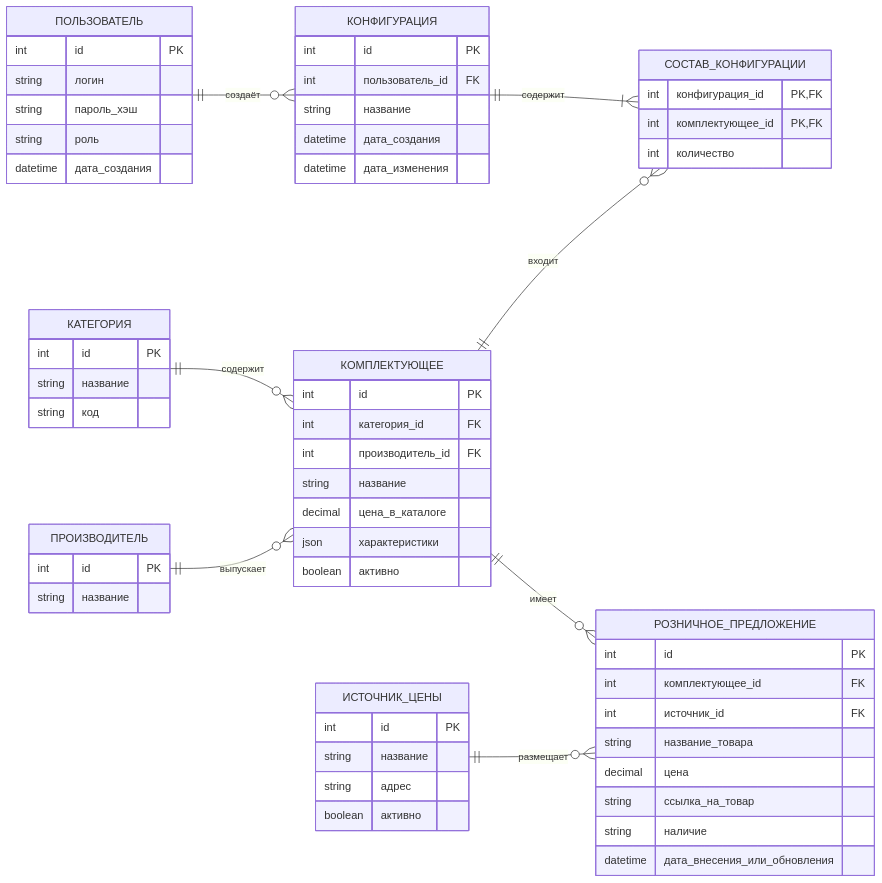
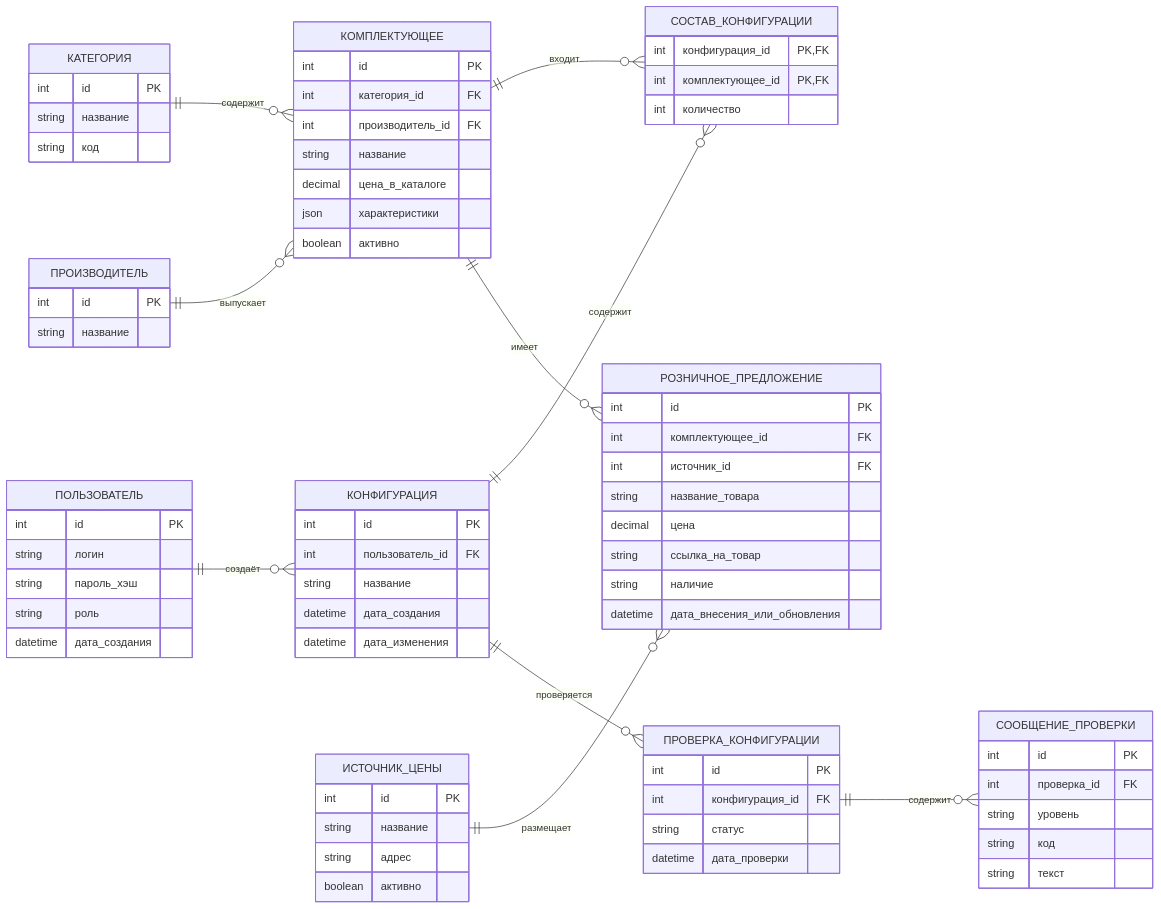
One commit to Beaulo0o/PC-Configurator changed the diagram in концептуальная-схема.md. Above: the diagram before and after it, drawn with Mermaid. The commit also changed other lines of this file and 11 other files, not shown here.

````diff
--- a/концептуальная-схема.md
+++ b/концептуальная-схема.md
@@ -9,10 +9,12 @@
     ПОЛЬЗОВАТЕЛЬ ||--o{ КОНФИГУРАЦИЯ : "создаёт"
     КАТЕГОРИЯ ||--o{ КОМПЛЕКТУЮЩЕЕ : "содержит"
     ПРОИЗВОДИТЕЛЬ ||--o{ КОМПЛЕКТУЮЩЕЕ : "выпускает"
-    КОНФИГУРАЦИЯ ||--|{ СОСТАВ_КОНФИГУРАЦИИ : "содержит"
+    КОНФИГУРАЦИЯ ||--o{ СОСТАВ_КОНФИГУРАЦИИ : "содержит"
     КОМПЛЕКТУЮЩЕЕ ||--o{ СОСТАВ_КОНФИГУРАЦИИ : "входит"
     КОМПЛЕКТУЮЩЕЕ ||--o{ РОЗНИЧНОЕ_ПРЕДЛОЖЕНИЕ : "имеет"
     ИСТОЧНИК_ЦЕНЫ ||--o{ РОЗНИЧНОЕ_ПРЕДЛОЖЕНИЕ : "размещает"
+    КОНФИГУРАЦИЯ ||--o{ ПРОВЕРКА_КОНФИГУРАЦИИ : "проверяется"
+    ПРОВЕРКА_КОНФИГУРАЦИИ ||--o{ СООБЩЕНИЕ_ПРОВЕРКИ : "содержит"
 
     ПОЛЬЗОВАТЕЛЬ {
         int id PK
@@ -74,4 +76,19 @@
         int комплектующее_id PK, FK
         int количество
     }
+
+    ПРОВЕРКА_КОНФИГУРАЦИИ {
+        int id PK
+        int конфигурация_id FK
+        string статус
+        datetime дата_проверки
+    }
+
+    СООБЩЕНИЕ_ПРОВЕРКИ {
+        int id PK
+        int проверка_id FK
+        string уровень
+        string код
+        string текст
+    }
 ```
````
